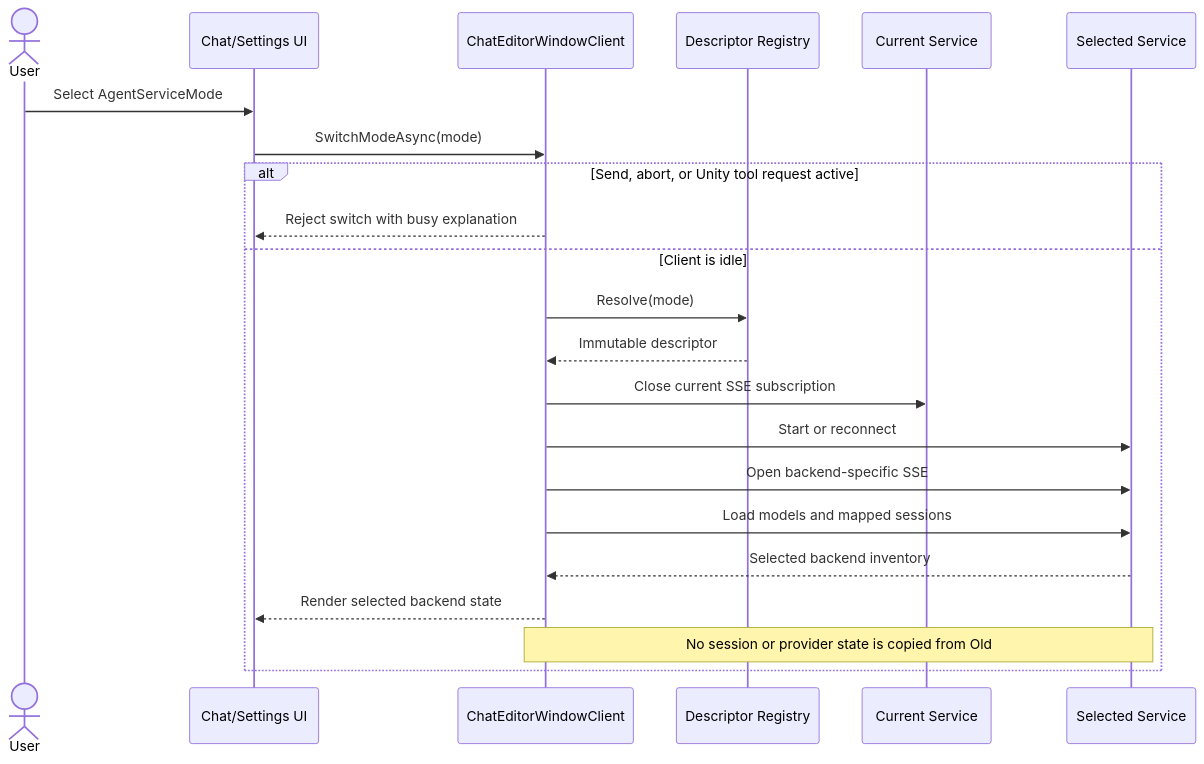
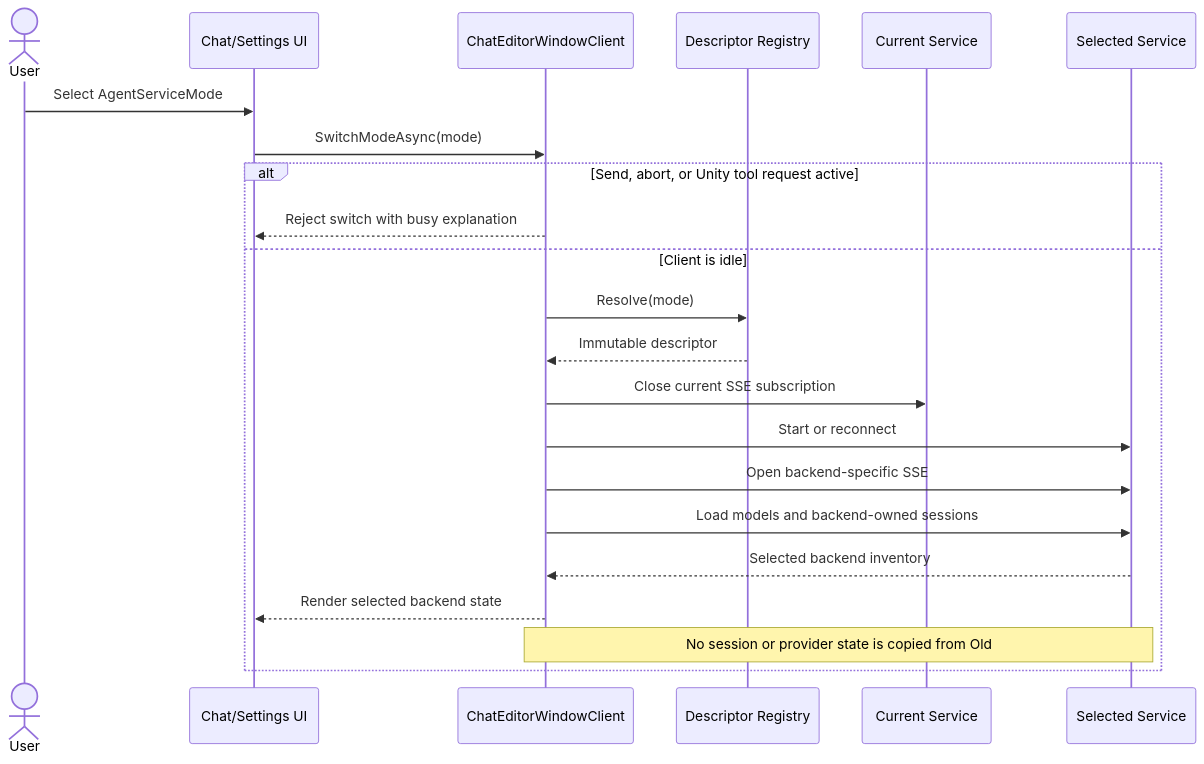
The sixth of 6 diagrams in docs/kanban/add-codex-agent-service.md (Signal-Loop/UnityCodeAgent), drawn with Mermaid before and after one commit. The commit also changed other lines of this file, not shown here.

````diff
--- a/docs/kanban/add-codex-agent-service.md
+++ b/docs/kanban/add-codex-agent-service.md
@@ -290,24 +333,24 @@
 ```mermaid
 sequenceDiagram
     actor User
     participant UI as Chat/Settings UI
     participant Client as ChatEditorWindowClient
     participant Registry as Descriptor Registry
     participant Old as Current Service
     participant New as Selected Service
     User->>UI: Select AgentServiceMode
     UI->>Client: SwitchModeAsync(mode)
     alt Send, abort, or Unity tool request active
         Client-->>UI: Reject switch with busy explanation
     else Client is idle
         Client->>Registry: Resolve(mode)
         Registry-->>Client: Immutable descriptor
         Client->>Old: Close current SSE subscription
         Client->>New: Start or reconnect
         Client->>New: Open backend-specific SSE
-        Client->>New: Load models and mapped sessions
+        Client->>New: Load models and backend-owned sessions
         New-->>Client: Selected backend inventory
         Client-->>UI: Render selected backend state
         Note over Client,New: No session or provider state is copied from Old
     end
 ```
````
